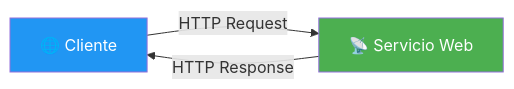
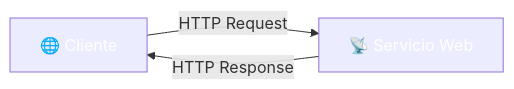
The first of 7 diagrams in 01-conceptos-servicios.md (joseluisgs/DesarrolloWebEntornosServidor-02-2026-2027), drawn with Mermaid before and after one commit. The commit also changed other lines of this file and 41 other files, not shown here.

````diff
--- a/01-conceptos-servicios.md
+++ b/01-conceptos-servicios.md
@@ -47,7 +47,7 @@
 ```mermaid
 flowchart LR
     A["🌐 Cliente"] -->|HTTP Request| B["📡 Servicio Web"]
     B -->|HTTP Response| A
-    style A fill:#2196F3,color:#fff
-    style B fill:#4CAF50,color:#fff
+    style A fill:#2196F,color:#fff3,color:#fff
+    style B fill:#4CAF5,color:#fff0,color:#fff
 ```
````
